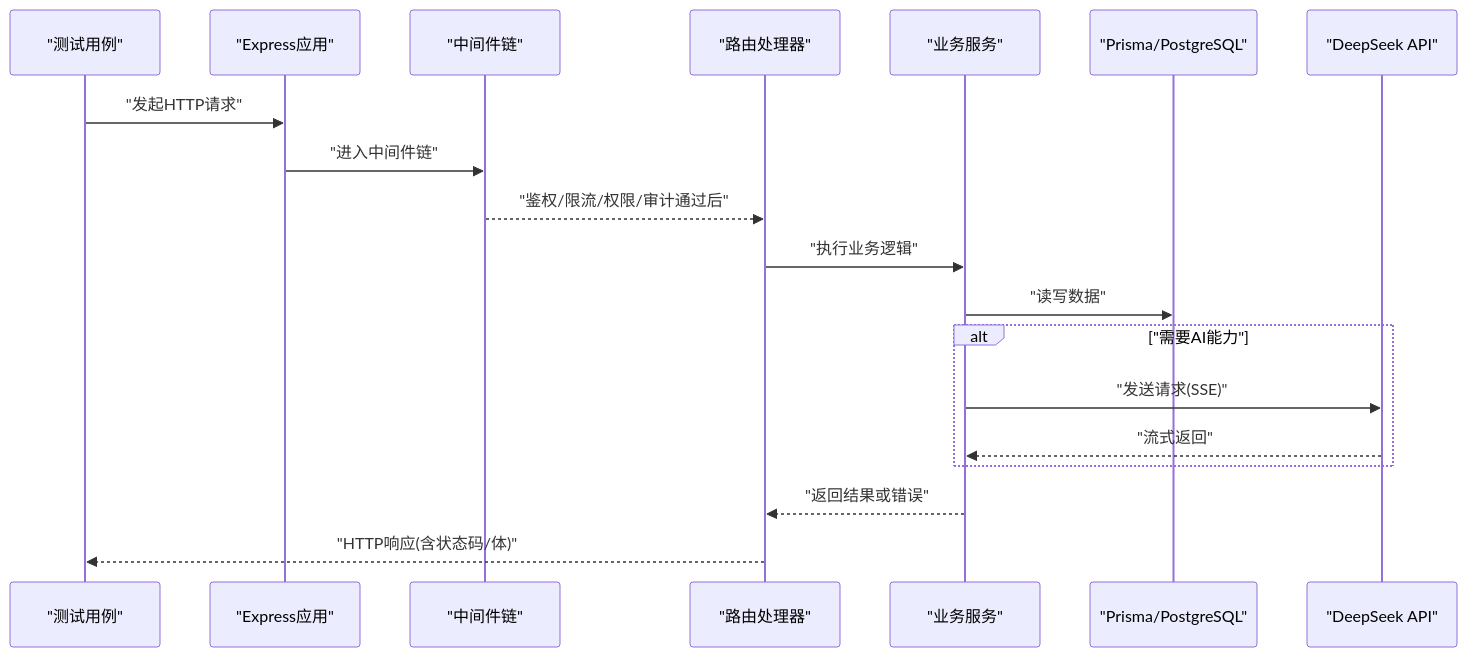
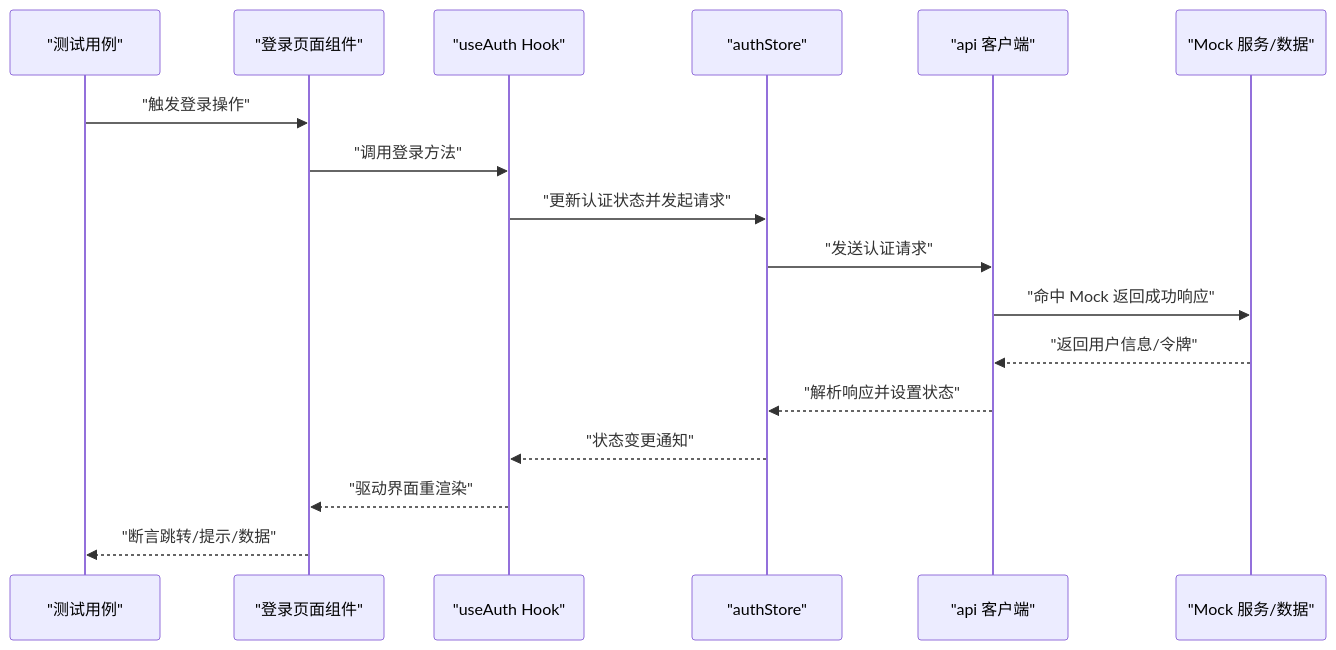
One commit to Damao997/newproject changed the second of 9 diagrams in .qoder/repowiki/zh/content/测试策略/集成测试.md. Above: the diagram before and after it, drawn with Mermaid. The commit also changed other lines of this file and 391 other files, not shown here.

````diff
--- a/.qoder/repowiki/zh/content/测试策略/集成测试.md
+++ b/.qoder/repowiki/zh/content/测试策略/集成测试.md
@@ -164,21 +118,19 @@
 ```mermaid
 sequenceDiagram
 participant Test as "测试用例"
-participant App as "Express应用"
-participant MW as "中间件链"
-participant Route as "路由处理器"
-participant Svc as "业务服务"
-participant DB as "Prisma/PostgreSQL"
-participant AI as "DeepSeek API"
-Test->>App : "发起HTTP请求"
-App->>MW : "进入中间件链"
-MW-->>Route : "鉴权/限流/权限/审计通过后"
-Route->>Svc : "执行业务逻辑"
-Svc->>DB : "读写数据"
-alt "需要AI能力"
-Svc->>AI : "发送请求(SSE)"
-AI-->>Svc : "流式返回"
-end
-Svc-->>Route : "返回结果或错误"
-Route-->>Test : "HTTP响应(含状态码/体)"
+participant UI as "登录页面组件"
+participant AuthHook as "useAuth Hook"
+participant Store as "authStore"
+participant API as "api 客户端"
+participant Mock as "Mock 服务/数据"
+Test->>UI : "触发登录操作"
+UI->>AuthHook : "调用登录方法"
+AuthHook->>Store : "更新认证状态并发起请求"
+Store->>API : "发送认证请求"
+API->>Mock : "命中 Mock 返回成功响应"
+Mock-->>API : "返回用户信息/令牌"
+API-->>Store : "解析响应并设置状态"
+Store-->>AuthHook : "状态变更通知"
+AuthHook-->>UI : "驱动界面重渲染"
+UI-->>Test : "断言跳转/提示/数据"
 ```
````
